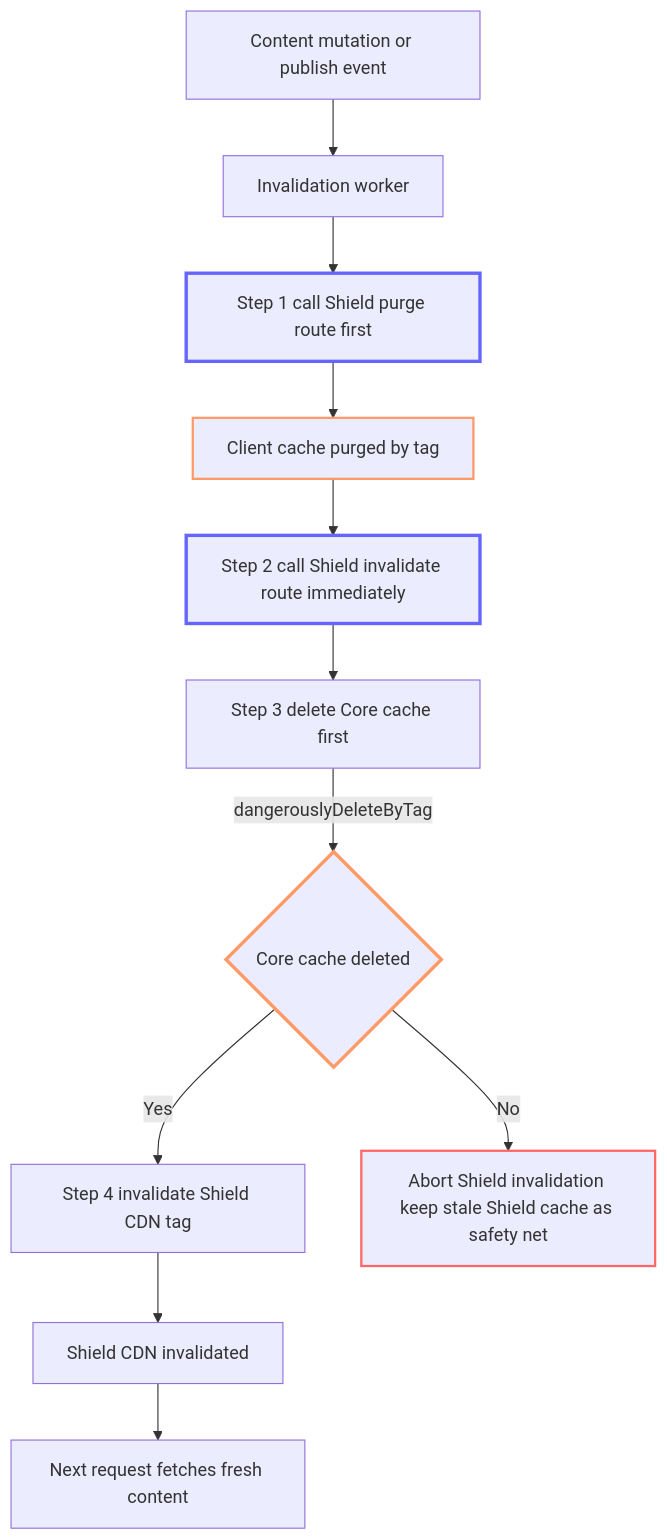
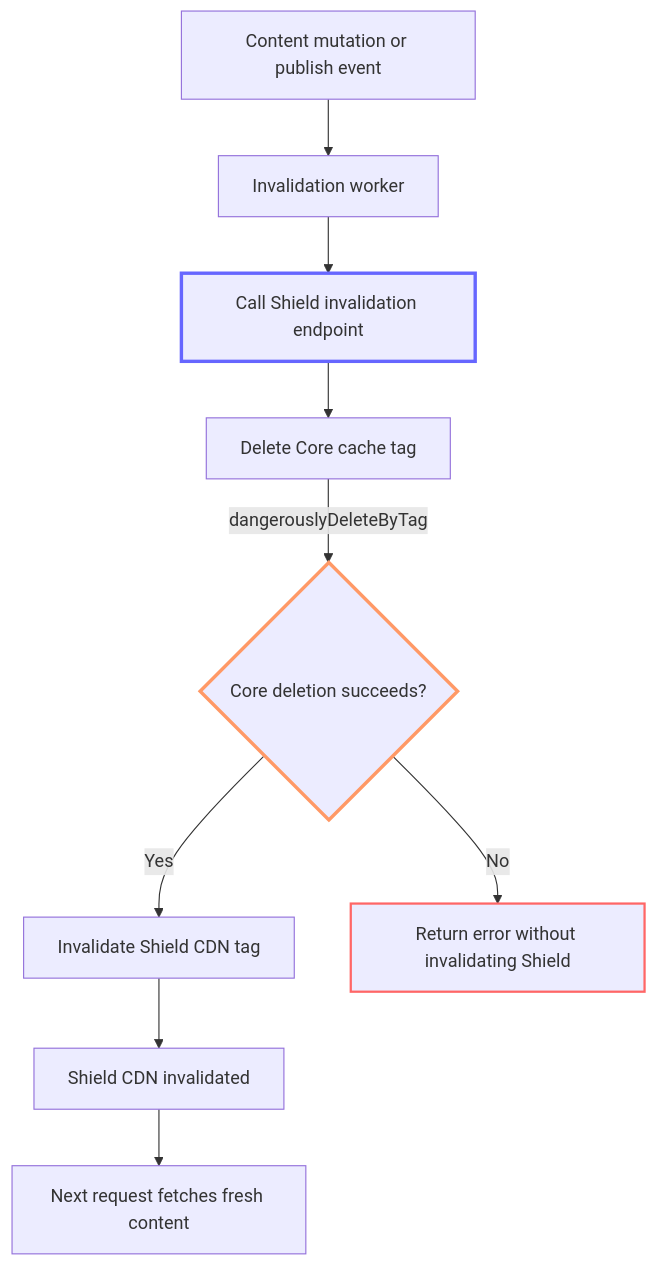
Before and after one commit to vercel-labs/isr-platform-shield: the seventh of 8 diagrams in docs/ARCHITECTURE.md, drawn with Mermaid. The commit also changed other lines of this file and 1 other file, not shown here.

Commit message:
Remove client cache purge docs

````diff
--- a/docs/ARCHITECTURE.md
+++ b/docs/ARCHITECTURE.md
@@ -269,22 +263,18 @@
 ```mermaid
 graph TD
     A[Content mutation or publish event] --> B[Invalidation worker]
 
-    B --> C[Step 1 call Shield purge route first]
-    C --> D[Client cache purged by tag]
-    D --> E[Step 2 call Shield invalidate route immediately]
-    E --> F[Step 3 delete Core cache first]
-    F -->|dangerouslyDeleteByTag| G{Core cache deleted}
+    B --> C[Call Shield invalidation endpoint]
+    C --> D[Delete Core cache tag]
+    D -->|dangerouslyDeleteByTag| E{Core deletion succeeds?}
 
-    G -->|Yes| H[Step 4 invalidate Shield CDN tag]
-    H --> I[Shield CDN invalidated]
-    I --> J[Next request fetches fresh content]
+    E -->|Yes| F[Invalidate Shield CDN tag]
+    F --> G[Shield CDN invalidated]
+    G --> H[Next request fetches fresh content]
 
-    G -->|No| K[Abort Shield invalidation keep stale Shield cache as safety net]
+    E -->|No| I[Return error without invalidating Shield]
 
     style C stroke:#66f,stroke-width:3px
-    style E stroke:#66f,stroke-width:3px
-    style D stroke:#f96,stroke-width:2px
-    style G stroke:#f96,stroke-width:3px
-    style K stroke:#f66,stroke-width:2px
+    style E stroke:#f96,stroke-width:3px
+    style I stroke:#f66,stroke-width:2px
 ```
````
